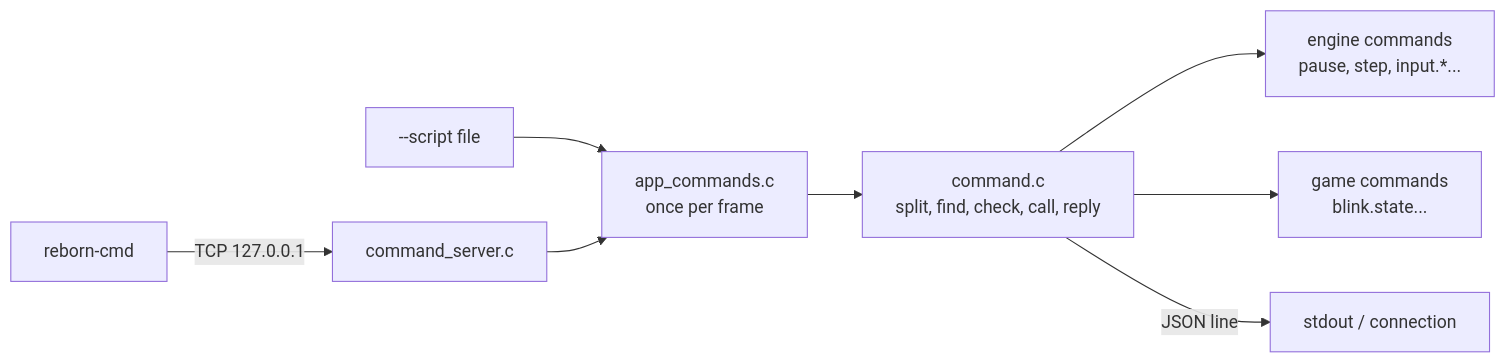
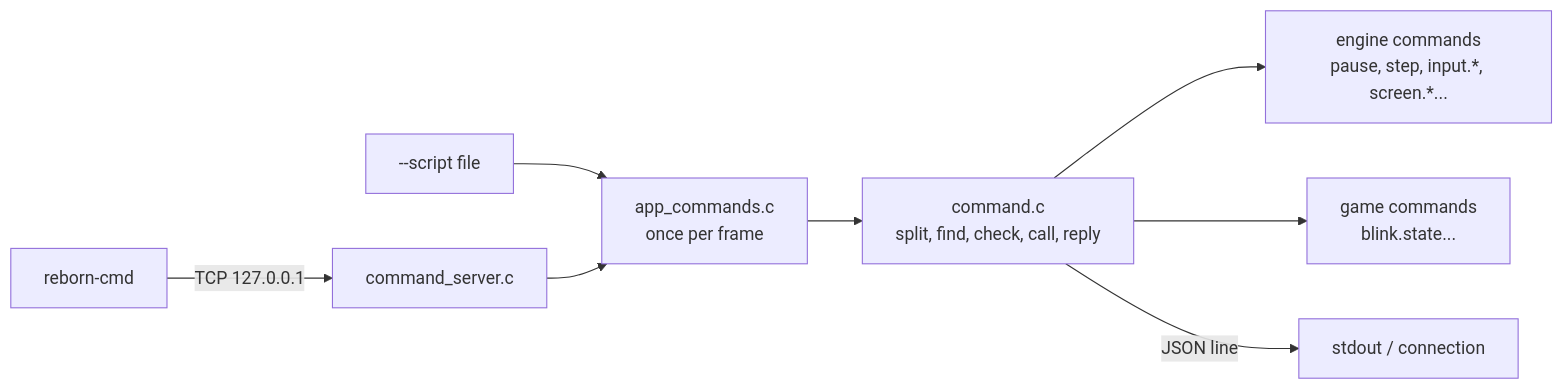
Before and after one commit to aski97/reborn-engine: the diagram in docs/features/commands.md, drawn with Mermaid. The commit also changed other lines of this file and 47 other files, not shown here.

First line of the commit message:
feat(screen): screen capture through commands and a PNG writer

````diff
--- a/docs/features/commands.md
+++ b/docs/features/commands.md
@@ -52,9 +58,9 @@
 ```mermaid
 flowchart LR
     S["--script file"] --> R[app_commands.c<br/>once per frame]
     N["reborn-cmd"] -- "TCP 127.0.0.1" --> SV[command_server.c] --> R
     R --> RUN["command.c<br/>split, find, check, call, reply"]
-    RUN --> E["engine commands<br/>pause, step, input.*..."]
+    RUN --> E["engine commands<br/>pause, step, input.*, screen.*..."]
     RUN --> G["game commands<br/>blink.state..."]
     RUN -- "JSON line" --> OUT["stdout / connection"]
 ```
````
